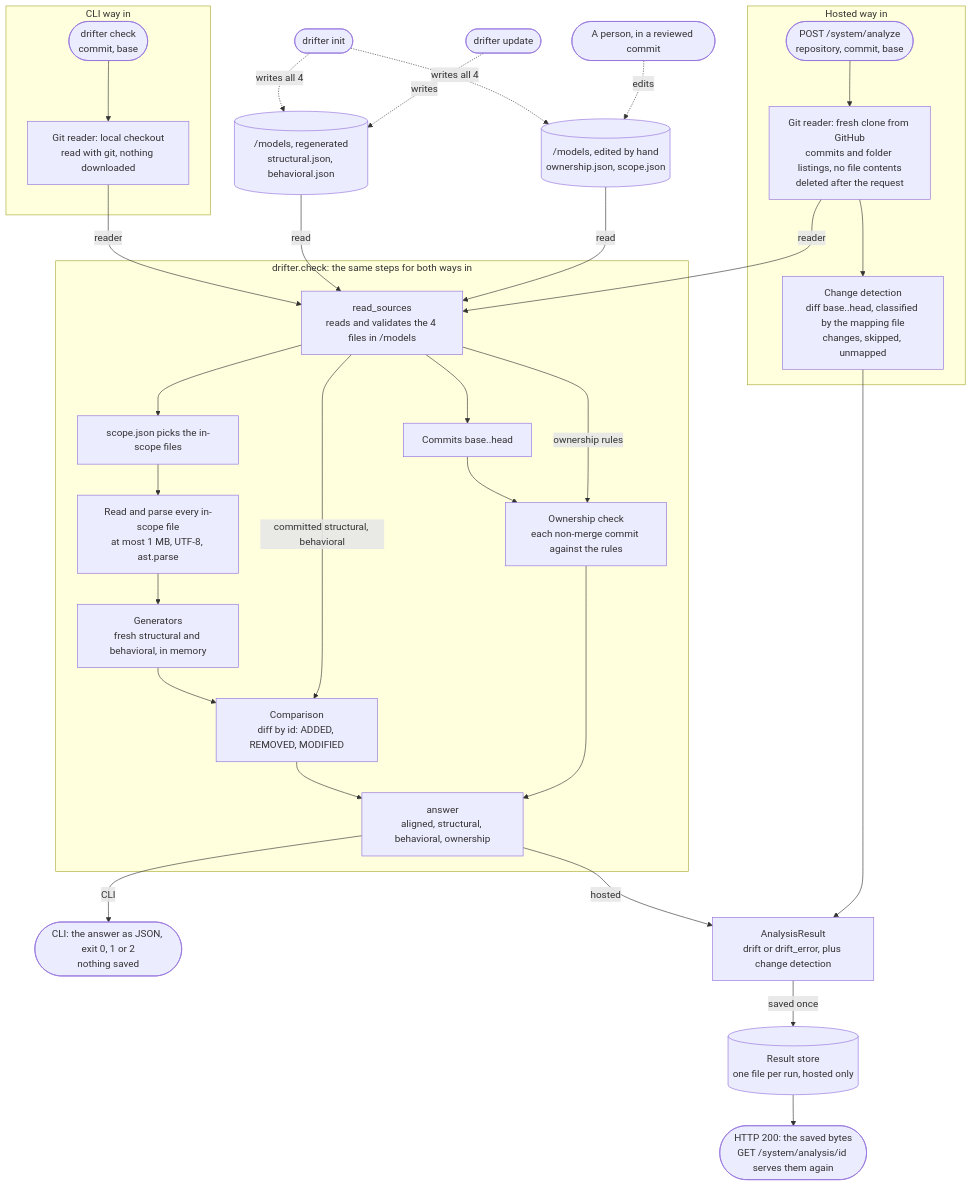
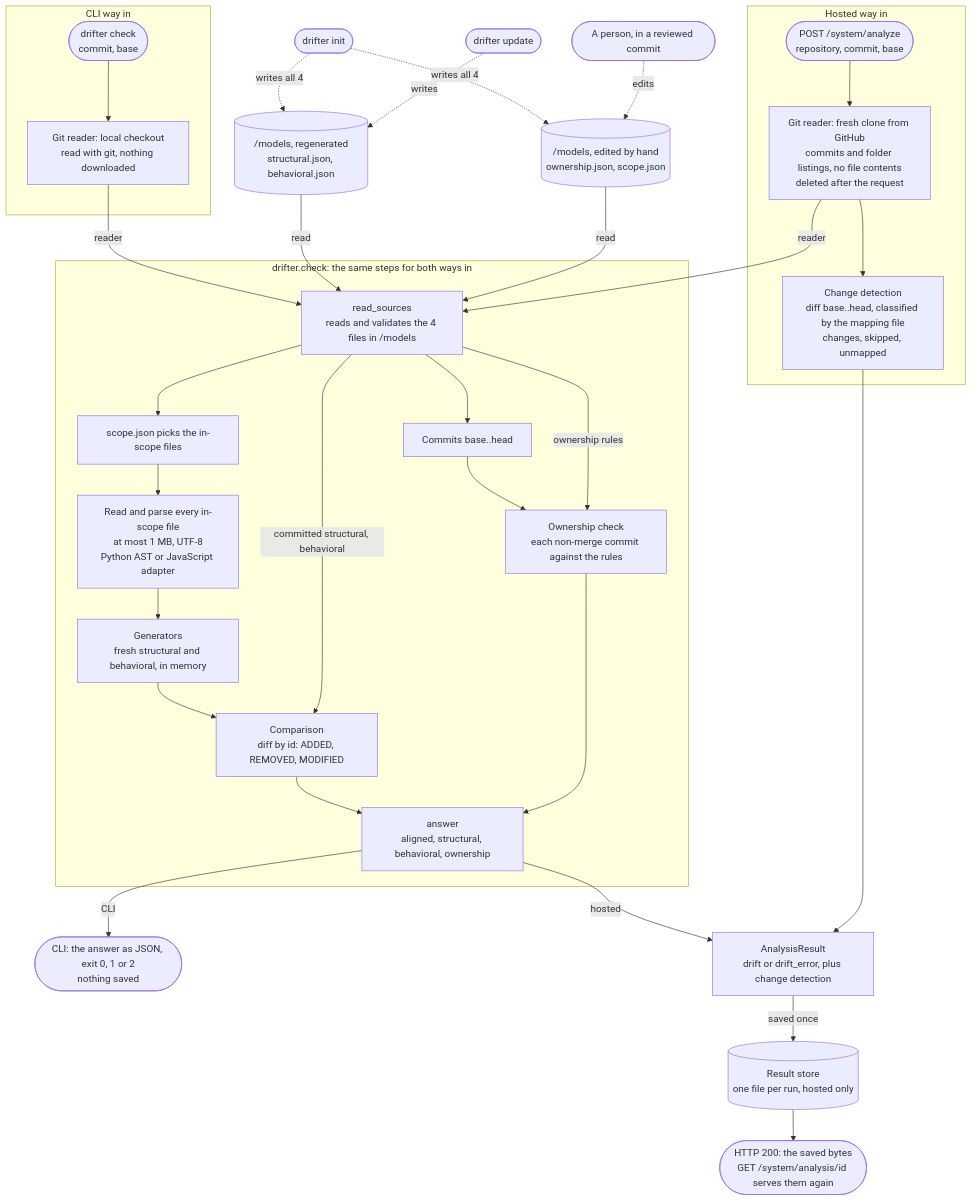
One commit to MuhammadSban/DocumentationModelDrifter changed the diagram in docs/diagrams/data-flow.md. Above: the diagram before and after it, drawn with Mermaid. The commit also changed other lines of this file and 9 other files, not shown here.

First line of the commit message:
Document JavaScript support and local verification limits

````diff
--- a/docs/diagrams/data-flow.md
+++ b/docs/diagrams/data-flow.md
@@ -9,59 +9,59 @@
 ```mermaid
 flowchart TB
     accTitle: Data flow of one check
     accDescr: Two ways lead into one check. The hosted POST /system/analyze clones the repository from GitHub without file contents, detects the changed files, and hands its git reader to drifter.check. The CLI command drifter check hands a reader of the local checkout to the same code. Inside drifter.check, read_sources reads and validates the four files in /models, scope.json picks the in-scope files, those are read and parsed, the generators build fresh structural and behavioral models, the comparison diffs them by id against the committed ones, and the ownership check judges the commits between base and head against ownership.json. The answer has four fields. The CLI prints it and exits with a code, saving nothing. The hosted service joins it with change detection into one result, saves that as one file in the result store, and returns the saved bytes. Separately, drifter init writes all four files in /models, drifter update writes only structural and behavioral, and a person edits ownership and scope by hand.
 
     subgraph HOSTED[Hosted way in]
         Req(["POST /system/analyze<br/>repository, commit, base"])
         Clone["Git reader: fresh clone from GitHub<br/>commits and folder listings, no file contents<br/>deleted after the request"]
         Chg["Change detection<br/>diff base..head, classified by the mapping file<br/>changes, skipped, unmapped"]
         Req --> Clone --> Chg
     end
 
     subgraph LOCAL[CLI way in]
         Cmd(["drifter check<br/>commit, base"])
         Local["Git reader: local checkout<br/>read with git, nothing downloaded"]
         Cmd --> Local
     end
 
     Regen[("/models, regenerated<br/>structural.json, behavioral.json")]
     Hand[("/models, edited by hand<br/>ownership.json, scope.json")]
 
     subgraph CHECK[drifter.check: the same steps for both ways in]
         Read["read_sources<br/>reads and validates the 4 files in /models"]
         Scope["scope.json picks the in-scope files"]
-        Files["Read and parse every in-scope file<br/>at most 1 MB, UTF-8, ast.parse"]
+        Files["Read and parse every in-scope file<br/>at most 1 MB, UTF-8<br/>Python AST or JavaScript adapter"]
         Gen["Generators<br/>fresh structural and behavioral, in memory"]
         Cmp["Comparison<br/>diff by id: ADDED, REMOVED, MODIFIED"]
         Hist["Commits base..head"]
         Own["Ownership check<br/>each non-merge commit against the rules"]
         Ans["answer<br/>aligned, structural, behavioral, ownership"]
         Read --> Scope --> Files --> Gen --> Cmp
         Read -- committed structural, behavioral --> Cmp
         Read --> Hist --> Own
         Read -- ownership rules --> Own
         Cmp & Own --> Ans
     end
 
     Clone -- reader --> Read
     Local -- reader --> Read
     Regen -- read --> Read
     Hand -- read --> Read
 
     Out1(["CLI: the answer as JSON, exit 0, 1 or 2<br/>nothing saved"])
     Result["AnalysisResult<br/>drift or drift_error, plus change detection"]
     Store[("Result store<br/>one file per run, hosted only")]
     Out2(["HTTP 200: the saved bytes<br/>GET /system/analysis/id serves them again"])
 
     Ans -- CLI --> Out1
     Ans -- hosted --> Result
     Chg --> Result
     Result -- saved once --> Store --> Out2
 
     Init(["drifter init"])
     Update(["drifter update"])
     Person(["A person, in a reviewed commit"])
     Init -. writes all 4 .-> Regen & Hand
     Update -. writes .-> Regen
     Person -. edits .-> Hand
 ```
````
